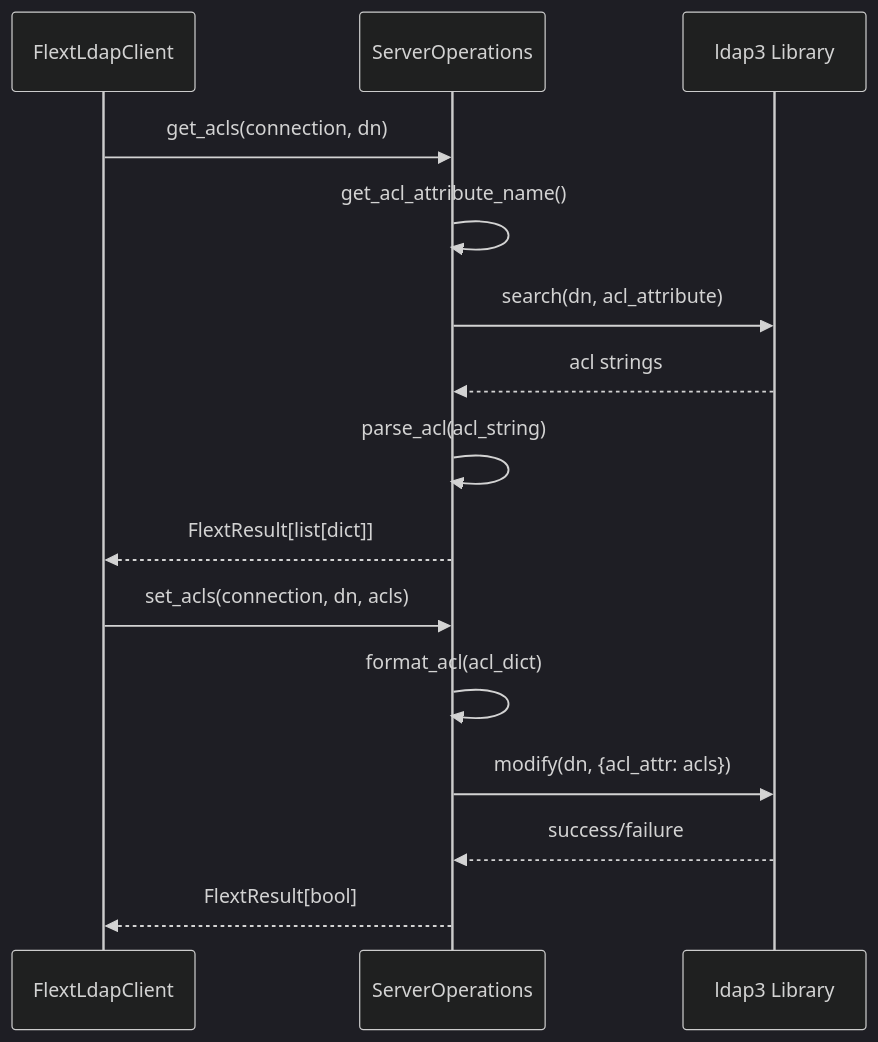
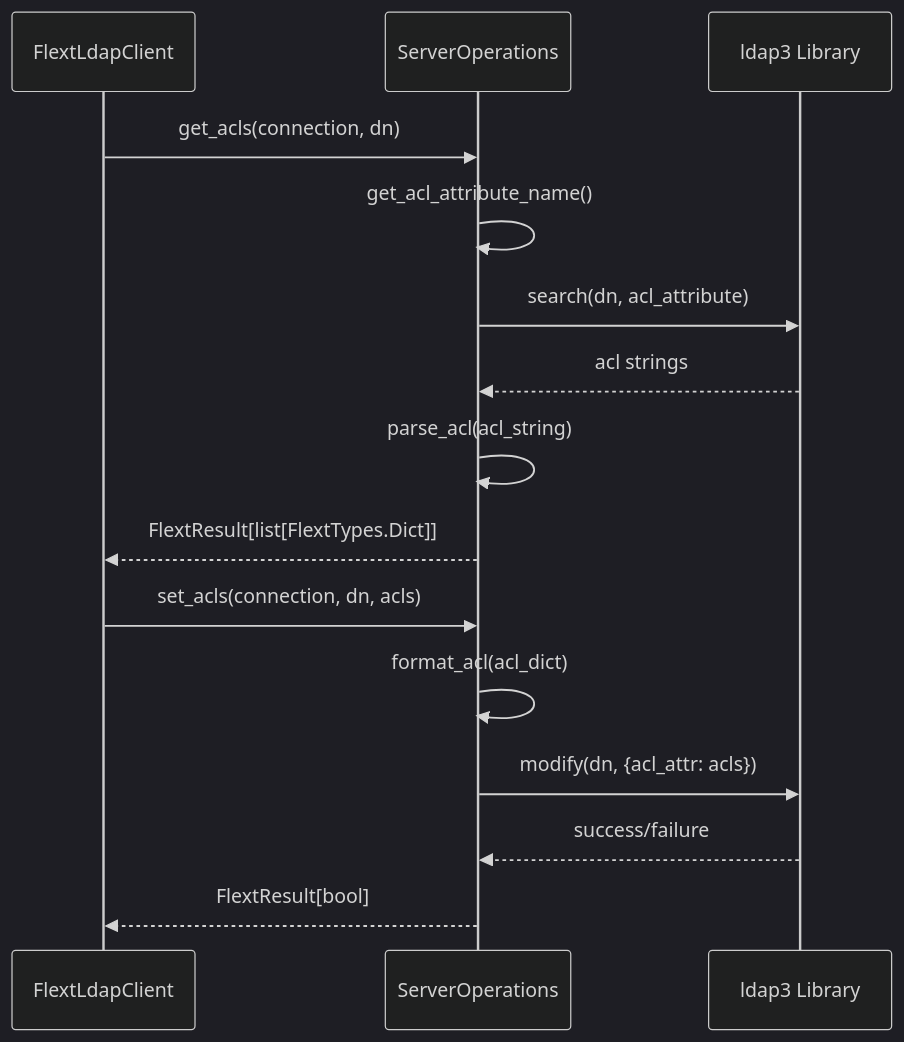
Before and after one commit to flext-sh/flext-ldap: the third of 3 diagrams in docs/architecture.md, drawn with Mermaid (dark theme). The commit also changed 24 other files, not shown here.

````diff
--- a/docs/architecture.md
+++ b/docs/architecture.md
@@ -297,19 +297,19 @@
 ```mermaid
 sequenceDiagram
     participant Client as FlextLdapClient
     participant Ops as ServerOperations
     participant ldap3 as ldap3 Library
 
     Client->>Ops: get_acls(connection, dn)
     Ops->>Ops: get_acl_attribute_name()
     Ops->>ldap3: search(dn, acl_attribute)
     ldap3-->>Ops: acl strings
     Ops->>Ops: parse_acl(acl_string)
-    Ops-->>Client: FlextResult[list[dict]]
+    Ops-->>Client: FlextResult[list[FlextTypes.Dict]]
 
     Client->>Ops: set_acls(connection, dn, acls)
     Ops->>Ops: format_acl(acl_dict)
     Ops->>ldap3: modify(dn, {acl_attr: acls})
     ldap3-->>Ops: success/failure
     Ops-->>Client: FlextResult[bool]
 ```
````
